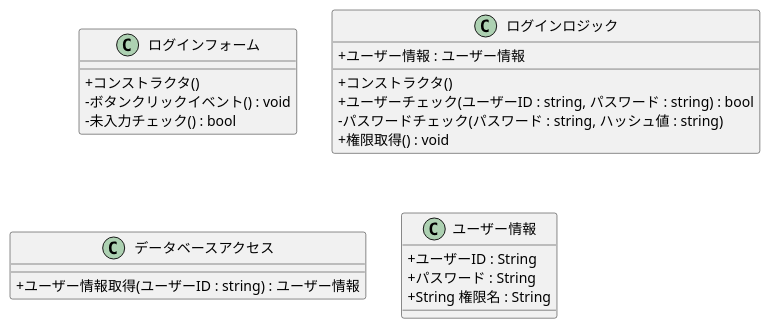
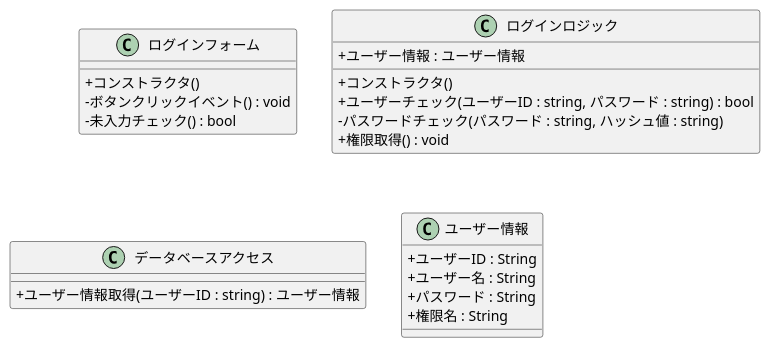
One commit to R-SAIKI/practiceUML changed the diagram in クラス図/ログイン.pu. Above: the diagram before and after it, drawn with PlantUML. The commit also changed 6 other files, not shown here.

```diff
--- a/クラス図/ログイン.pu
+++ b/クラス図/ログイン.pu
@@ -1,26 +1,27 @@
 @startuml
 skinparam classAttributeIconSize 0
 class ログインフォーム {
   + コンストラクタ()
   - ボタンクリックイベント() : void
   - 未入力チェック() : bool
 }
 
 class ログインロジック {
    + ユーザー情報 : ユーザー情報
    + コンストラクタ()
    + ユーザーチェック(ユーザーID : string, パスワード : string) : bool
    - パスワードチェック(パスワード : string, ハッシュ値 : string)
    + 権限取得() : void
 }
 
 class データベースアクセス {
    + ユーザー情報取得(ユーザーID : string) : ユーザー情報
 }
 
 class ユーザー情報 {
    + ユーザーID : String
+   + ユーザー名 : String
    + パスワード : String
-   + String 権限名 : String
+   + 権限名 : String
 }
 @enduml
```
